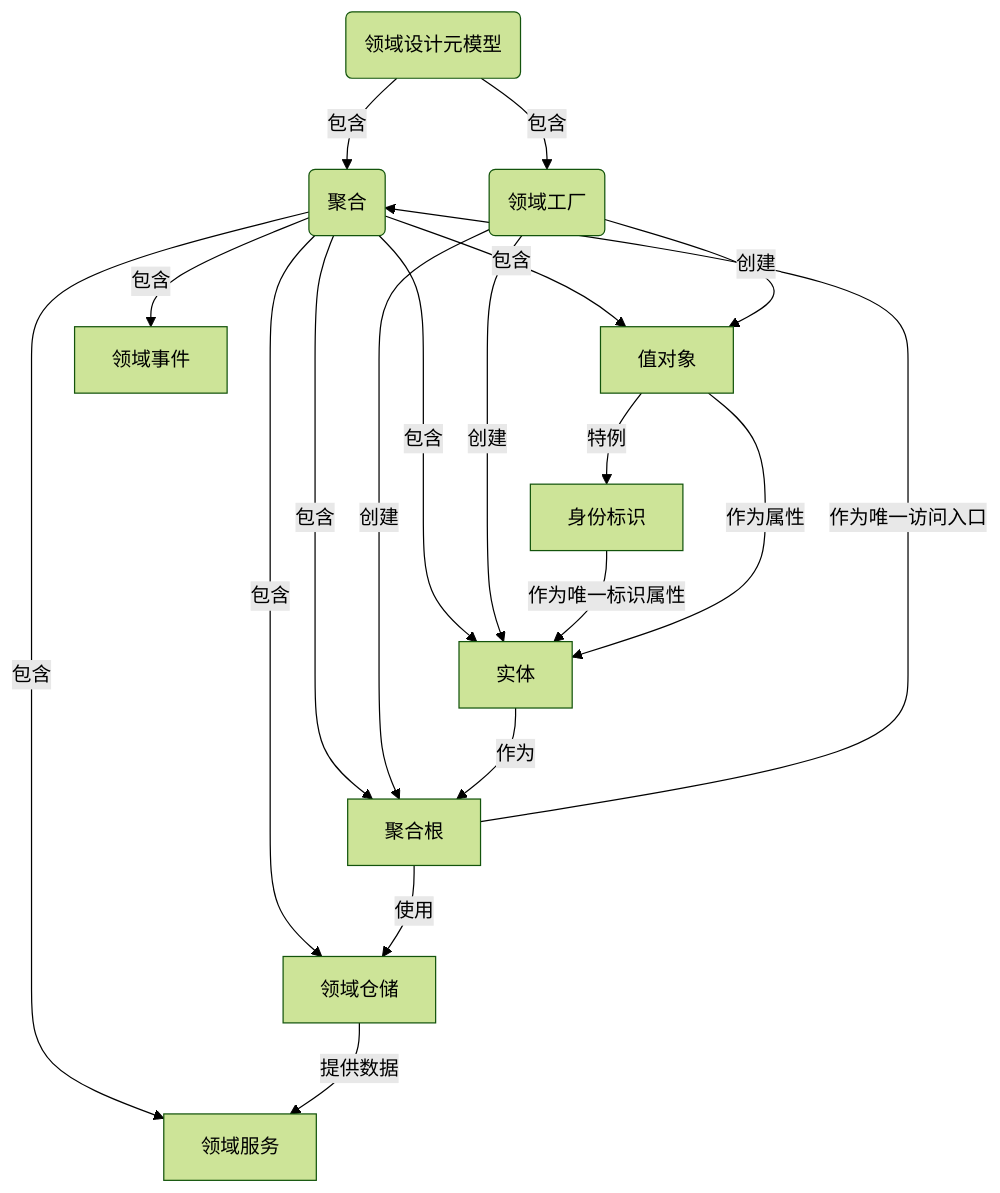
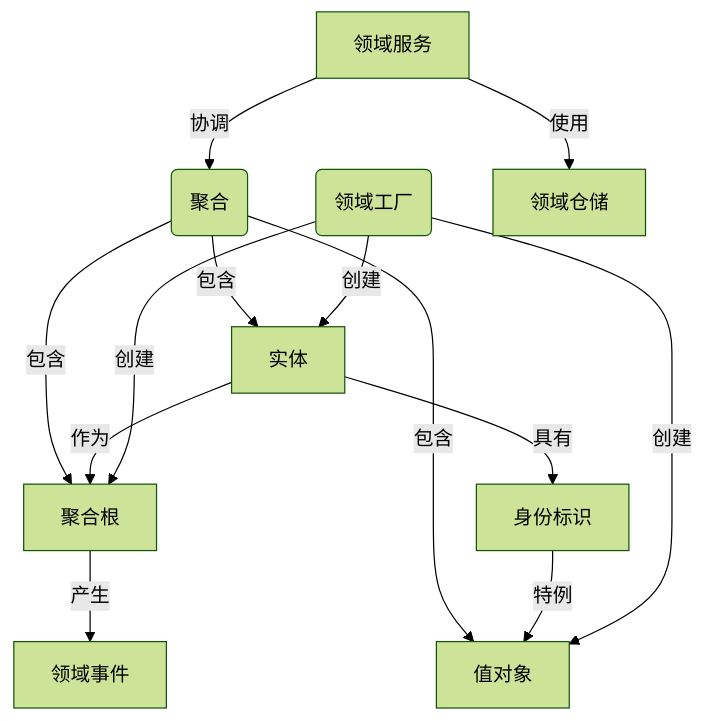
The first of 2 diagrams in matrix-framework-ddd/Guideline_DDD.md (WangLiangChen/matrix-framework), drawn with Mermaid (forest theme) before and after one commit. The commit also changed other lines of this file and 1 other file, not shown here.

````diff
--- a/matrix-framework-ddd/Guideline_DDD.md
+++ b/matrix-framework-ddd/Guideline_DDD.md
@@ -50,28 +60,24 @@
 ```mermaid
 graph TD
-    DDDMetaModel(领域设计元模型)
     Aggregate(聚合)
     DomainFactory(领域工厂)
     AggregateRoot[聚合根]
     DomainService[领域服务]
     Entity[实体]
     ValueObject[值对象]
     Identity[身份标识]
     DomainEvent[领域事件]
     DomainRepository[领域仓储]
-    DDDMetaModel -- 包含 --> Aggregate
-    DDDMetaModel -- 包含 --> DomainFactory
     Aggregate -- 包含 --> AggregateRoot
-    Aggregate -- 包含 --> DomainService
     Aggregate -- 包含 --> Entity
     Aggregate -- 包含 --> ValueObject
-    Aggregate -- 包含 --> DomainEvent
-    Aggregate -- 包含 --> DomainRepository
+    AggregateRoot -- 产生 --> DomainEvent
+    Entity -- 作为 --> AggregateRoot
+    Entity -- 具有 --> Identity
+    Identity -- 特例 --> ValueObject
+    DomainService -- 协调 --> Aggregate
     DomainFactory -- 创建 --> AggregateRoot
     DomainFactory -- 创建 --> Entity
     DomainFactory -- 创建 --> ValueObject
-    ValueObject -- 特例 --> Identity -- 作为唯一标识属性 --> Entity
-    ValueObject -- 作为属性 --> Entity -- 作为 --> AggregateRoot -- 作为唯一访问入口 --> Aggregate
-    AggregateRoot -- 使用 --> DomainRepository
-    DomainRepository -- 提供数据 --> DomainService
+    DomainService -- 使用 --> DomainRepository
 ```
````
